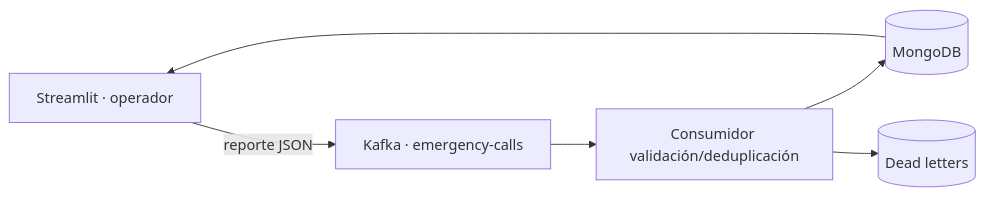
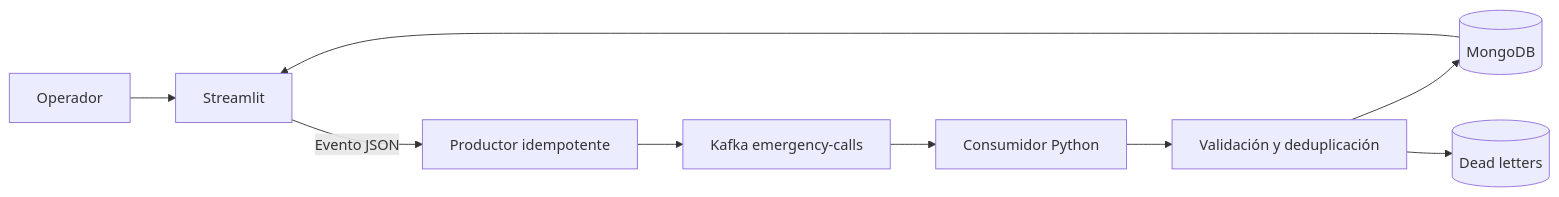
One commit to blastseeker31/Kafka_911_BigData_AM changed the diagram in README.md. Above: the diagram before and after it, drawn with Mermaid. The commit also changed other lines of this file and 2 other files, not shown here.

````diff
--- a/README.md
+++ b/README.md
@@ -20,8 +35,11 @@
 ```mermaid
 flowchart LR
-  UI[Streamlit · operador] -->|reporte JSON| K[Kafka · emergency-calls]
-  K --> C[Consumidor validación/deduplicación]
-  C --> M[(MongoDB)]
-  C --> D[(Dead letters)]
+  O[Operador] --> UI[Streamlit]
+  UI -->|Evento JSON| P[Productor idempotente]
+  P --> K[Kafka emergency-calls]
+  K --> C[Consumidor Python]
+  C --> V[Validación y deduplicación]
+  V --> M[(MongoDB)]
+  V --> D[(Dead letters)]
   M --> UI
 ```
````
